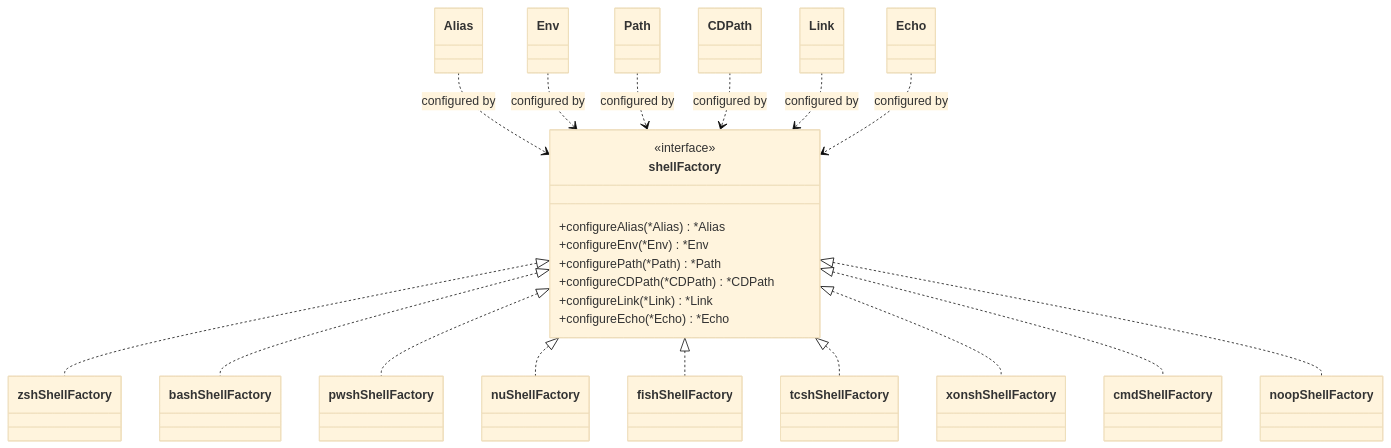
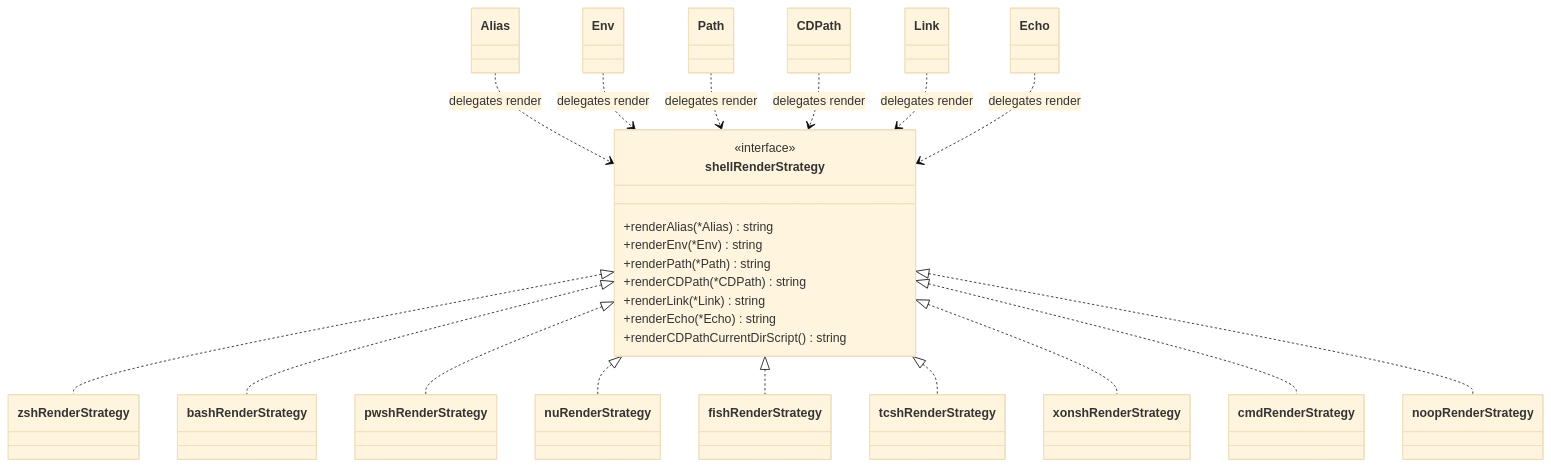
The second of 2 diagrams in website/docs/introduction.mdx (trajano/aliae), drawn with Mermaid (base theme) before and after one commit. The commit also changed other lines of this file and 8 other files, not shown here.

Commit message:
refactor(shell): introduce render strategies and update diagrams

````diff
--- a/website/docs/introduction.mdx
+++ b/website/docs/introduction.mdx
@@ -77,46 +122,47 @@
 ```mermaid
 classDiagram
+    class shellRenderStrategy {
+      <<interface>>
+      +renderAlias(*Alias) string
+      +renderEnv(*Env) string
+      +renderPath(*Path) string
+      +renderCDPath(*CDPath) string
+      +renderLink(*Link) string
+      +renderEcho(*Echo) string
+      +renderCDPathCurrentDirScript() string
+    }
+
+    class zshRenderStrategy
+    class bashRenderStrategy
+    class pwshRenderStrategy
+    class nuRenderStrategy
+    class fishRenderStrategy
+    class tcshRenderStrategy
+    class xonshRenderStrategy
+    class cmdRenderStrategy
+    class noopRenderStrategy
+
     class Alias
     class Env
     class Path
     class CDPath
     class Link
     class Echo
 
-    class shellFactory {
-      <<interface>>
-      +configureAlias(*Alias) *Alias
-      +configureEnv(*Env) *Env
-      +configurePath(*Path) *Path
-      +configureCDPath(*CDPath) *CDPath
-      +configureLink(*Link) *Link
-      +configureEcho(*Echo) *Echo
-    }
+    shellRenderStrategy <|.. zshRenderStrategy
+    shellRenderStrategy <|.. bashRenderStrategy
+    shellRenderStrategy <|.. pwshRenderStrategy
+    shellRenderStrategy <|.. nuRenderStrategy
+    shellRenderStrategy <|.. fishRenderStrategy
+    shellRenderStrategy <|.. tcshRenderStrategy
+    shellRenderStrategy <|.. xonshRenderStrategy
+    shellRenderStrategy <|.. cmdRenderStrategy
+    shellRenderStrategy <|.. noopRenderStrategy
 
-    class zshShellFactory
-    class bashShellFactory
-    class pwshShellFactory
-    class nuShellFactory
-    class fishShellFactory
-    class tcshShellFactory
-    class xonshShellFactory
-    class cmdShellFactory
-    class noopShellFactory
-
-    shellFactory <|.. zshShellFactory
-    shellFactory <|.. bashShellFactory
-    shellFactory <|.. pwshShellFactory
-    shellFactory <|.. nuShellFactory
-    shellFactory <|.. fishShellFactory
-    shellFactory <|.. tcshShellFactory
-    shellFactory <|.. xonshShellFactory
-    shellFactory <|.. cmdShellFactory
-    shellFactory <|.. noopShellFactory
-
-    Alias ..> shellFactory : configured by
-    Env ..> shellFactory : configured by
-    Path ..> shellFactory : configured by
-    CDPath ..> shellFactory : configured by
-    Link ..> shellFactory : configured by
-    Echo ..> shellFactory : configured by
+    Alias ..> shellRenderStrategy : delegates render
+    Env ..> shellRenderStrategy : delegates render
+    Path ..> shellRenderStrategy : delegates render
+    CDPath ..> shellRenderStrategy : delegates render
+    Link ..> shellRenderStrategy : delegates render
+    Echo ..> shellRenderStrategy : delegates render
 ```
````
